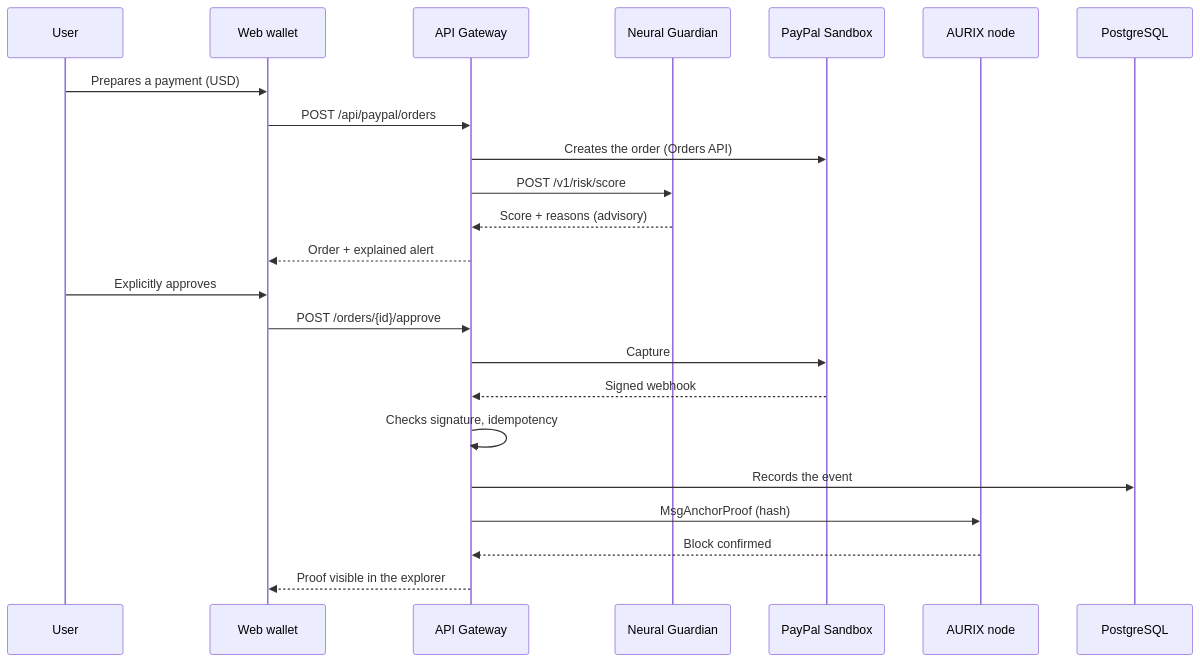
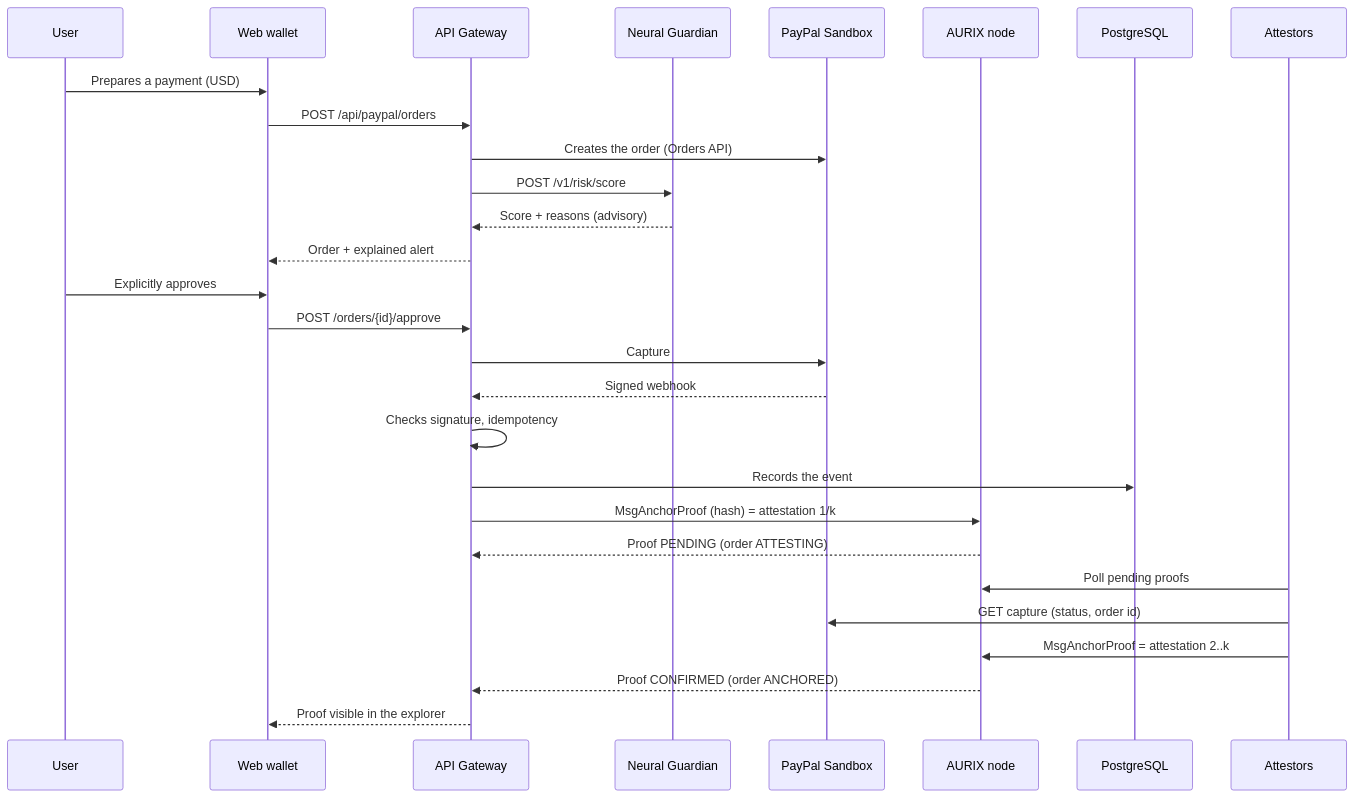
Before and after one commit to joeylukoji/Aurix: the third of 5 diagrams in AURIX_SOFTWARE_ARCHITECTURE.md, drawn with Mermaid. The commit also changed other lines of this file and 18 other files, not shown here.

````diff
--- a/AURIX_SOFTWARE_ARCHITECTURE.md
+++ b/AURIX_SOFTWARE_ARCHITECTURE.md
@@ -188,26 +190,31 @@
 ```mermaid
 sequenceDiagram
     participant U as User
     participant W as Web wallet
     participant G as API Gateway
     participant N as Neural Guardian
     participant P as PayPal Sandbox
     participant C as AURIX node
     participant D as PostgreSQL
 
     U->>W: Prepares a payment (USD)
     W->>G: POST /api/paypal/orders
     G->>P: Creates the order (Orders API)
     G->>N: POST /v1/risk/score
     N-->>G: Score + reasons (advisory)
     G-->>W: Order + explained alert
     U->>W: Explicitly approves
     W->>G: POST /orders/{id}/approve
     G->>P: Capture
     P-->>G: Signed webhook
     G->>G: Checks signature, idempotency
     G->>D: Records the event
-    G->>C: MsgAnchorProof (hash)
-    C-->>G: Block confirmed
+    G->>C: MsgAnchorProof (hash) = attestation 1/k
+    C-->>G: Proof PENDING (order ATTESTING)
+    participant A as Attestors
+    A->>C: Poll pending proofs
+    A->>P: GET capture (status, order id)
+    A->>C: MsgAnchorProof = attestation 2..k
+    C-->>G: Proof CONFIRMED (order ANCHORED)
     G-->>W: Proof visible in the explorer
 ```
````
